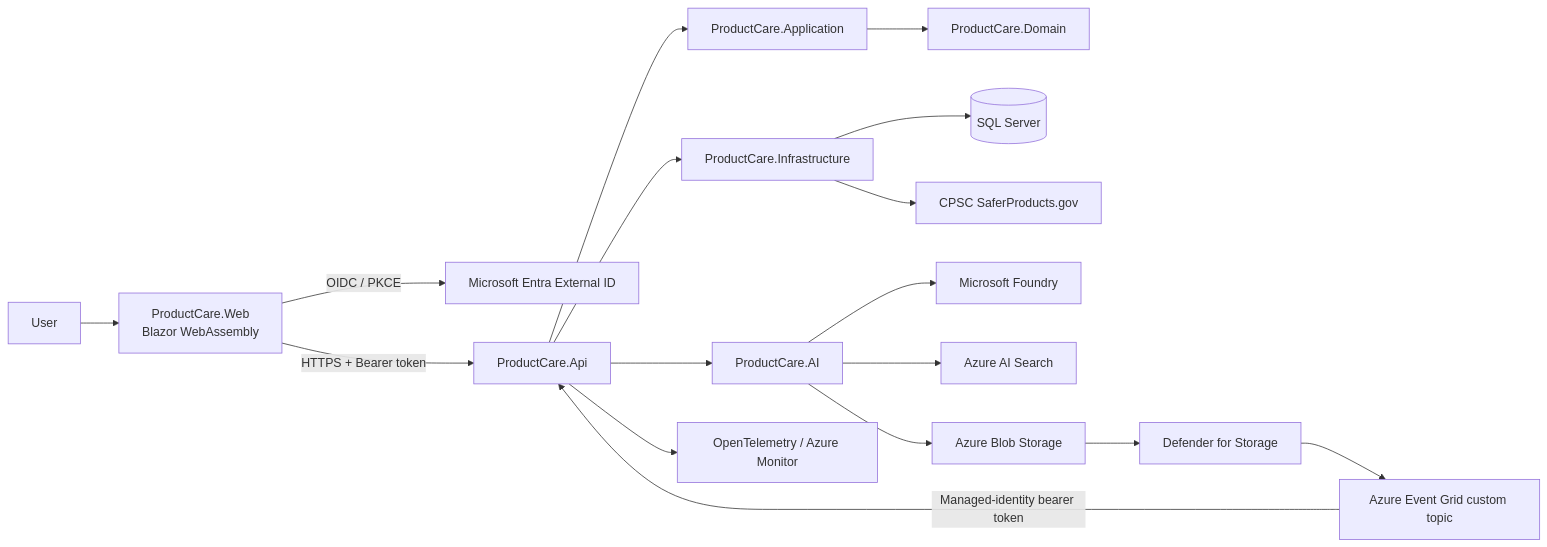
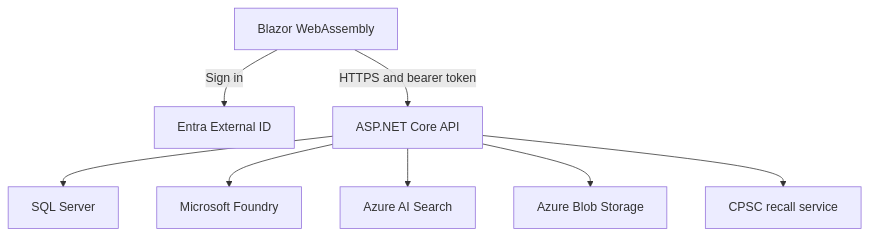
One commit to rvrexp/productcare changed the first of 2 diagrams in README.md. Above: the diagram before and after it, drawn with Mermaid. The commit also changed other lines of this file and 5 other files, not shown here.

````diff
--- a/README.md
+++ b/README.md
@@ -24,25 +38,10 @@
 ```mermaid
-flowchart LR
-    U[User] --> W[ProductCare.Web<br/>Blazor WebAssembly]
-    W -->|OIDC / PKCE| E[Microsoft Entra External ID]
-    W -->|HTTPS + Bearer token| API[ProductCare.Api]
-
-    API --> APP[ProductCare.Application]
-    APP --> D[ProductCare.Domain]
-
-    API --> INF[ProductCare.Infrastructure]
-    API --> AI[ProductCare.AI]
-
-    INF --> DB[(SQL Server)]
-    INF --> CPSC[CPSC SaferProducts.gov]
-
-    AI --> F[Microsoft Foundry]
-    AI --> S[Azure AI Search]
-    AI --> B[Azure Blob Storage]
-
-    B --> DFS[Defender for Storage]
-    DFS --> EG[Azure Event Grid custom topic]
-    EG -->|Managed-identity bearer token| API
-
-    API --> O[OpenTelemetry / Azure Monitor]
+flowchart TD
+    Web["Blazor WebAssembly"] -->|Sign in| Identity["Entra External ID"]
+    Web -->|HTTPS and bearer token| API["ASP.NET Core API"]
+    API --> Data["SQL Server"]
+    API --> AI["Microsoft Foundry"]
+    API --> Search["Azure AI Search"]
+    API --> Storage["Azure Blob Storage"]
+    API --> Recalls["CPSC recall service"]
 ```
````
